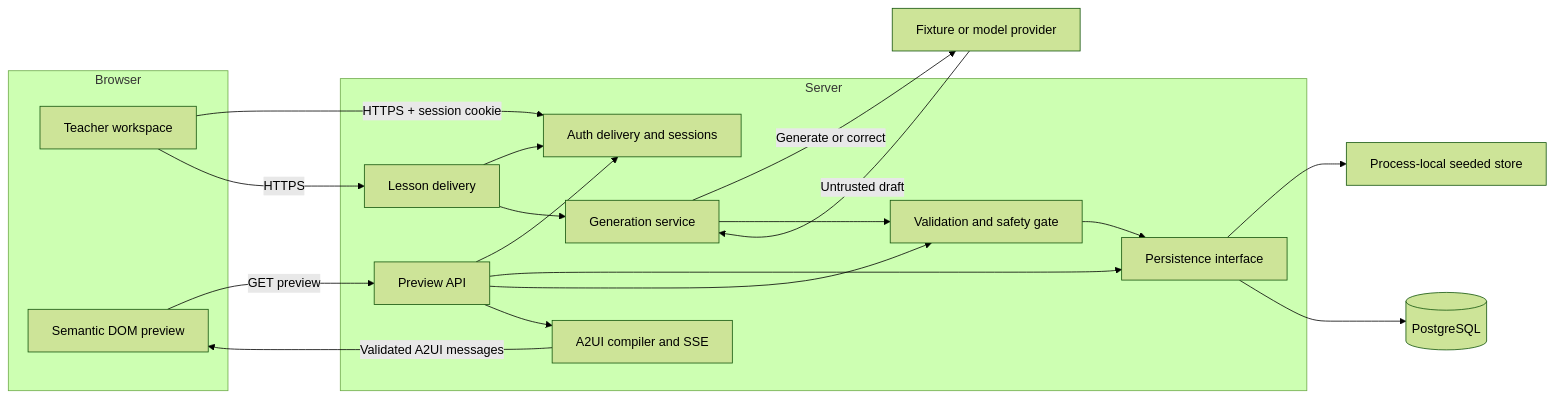
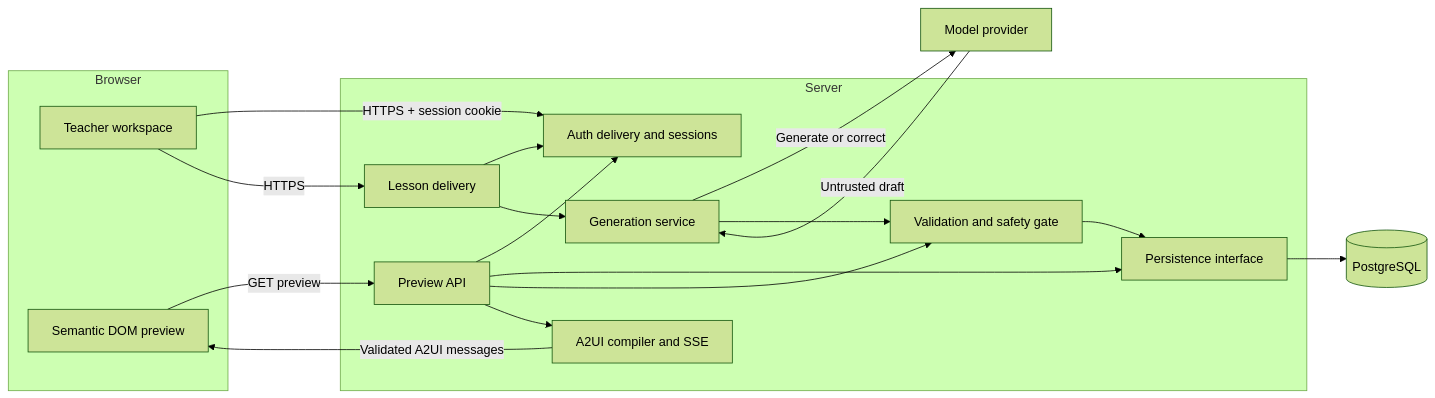
Before and after one commit to abodacs/edu-canvas: the first of 3 diagrams in ARCHITECTURE.md, drawn with Mermaid (forest theme). The commit also changed other lines of this file and 72 other files, not shown here.

````diff
--- a/ARCHITECTURE.md
+++ b/ARCHITECTURE.md
@@ -23,32 +23,31 @@
 ```mermaid
 flowchart LR
     subgraph Browser
         Page[Teacher workspace]
         Preview[Semantic DOM preview]
     end
     subgraph Server
         Auth[Auth delivery and sessions]
         Delivery[Lesson delivery]
         Generation[Generation service]
         Safety[Validation and safety gate]
         PreviewAPI[Preview API]
         Compiler[A2UI compiler and SSE]
         Persistence[Persistence interface]
     end
     Page -->|HTTPS + session cookie| Auth
     Page -->|HTTPS| Delivery
     Delivery --> Auth
     Delivery --> Generation
-    Generation -->|Generate or correct| Provider[Fixture or model provider]
+    Generation -->|Generate or correct| Provider[Model provider]
     Provider -->|Untrusted draft| Generation
     Generation --> Safety
     Safety --> Persistence
     Preview -->|GET preview| PreviewAPI
     PreviewAPI --> Auth
     PreviewAPI --> Persistence
     PreviewAPI --> Safety
     PreviewAPI --> Compiler
     Compiler -->|Validated A2UI messages| Preview
-    Persistence --> Seeded[Process-local seeded store]
     Persistence --> Database[(PostgreSQL)]
 ```
````
